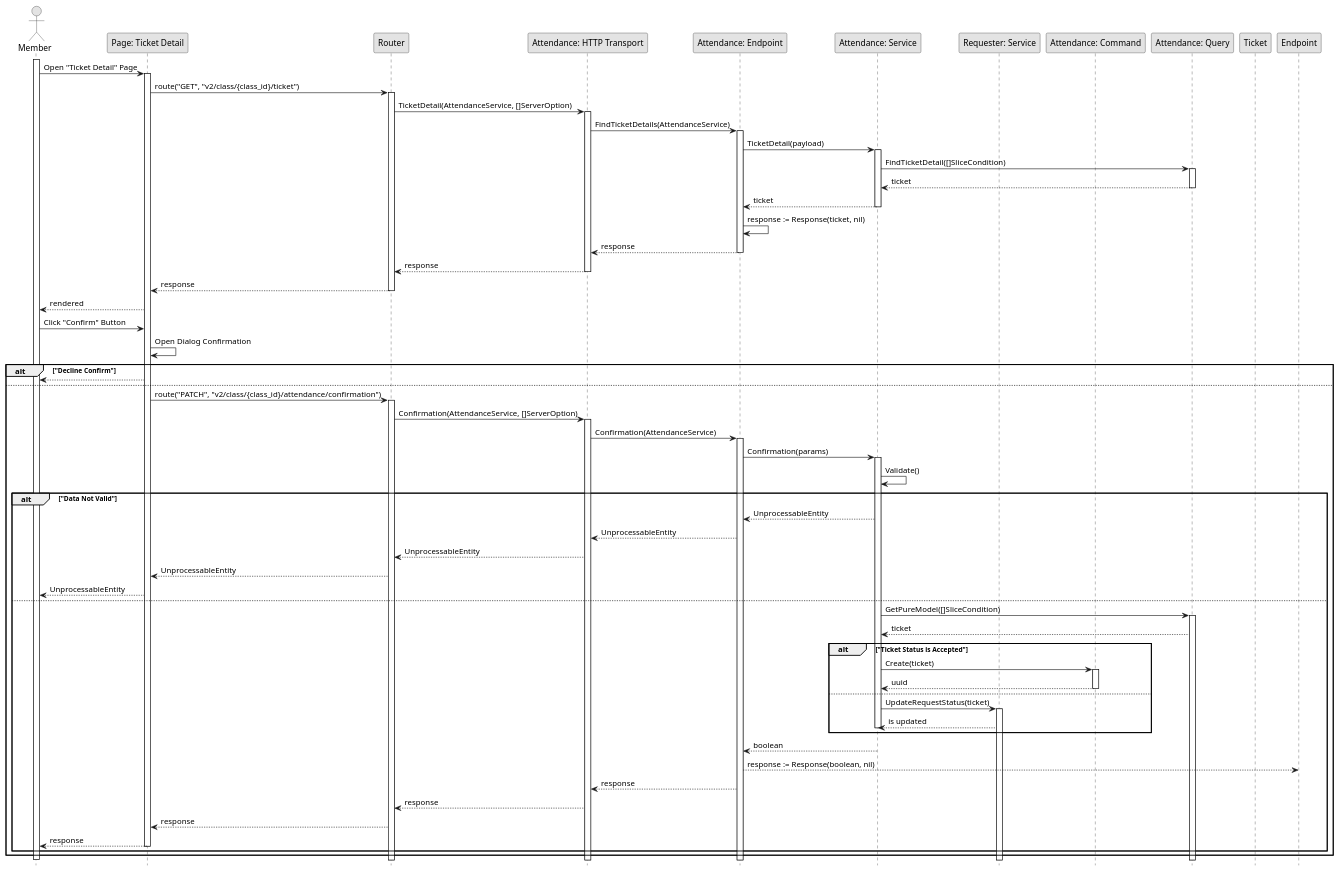
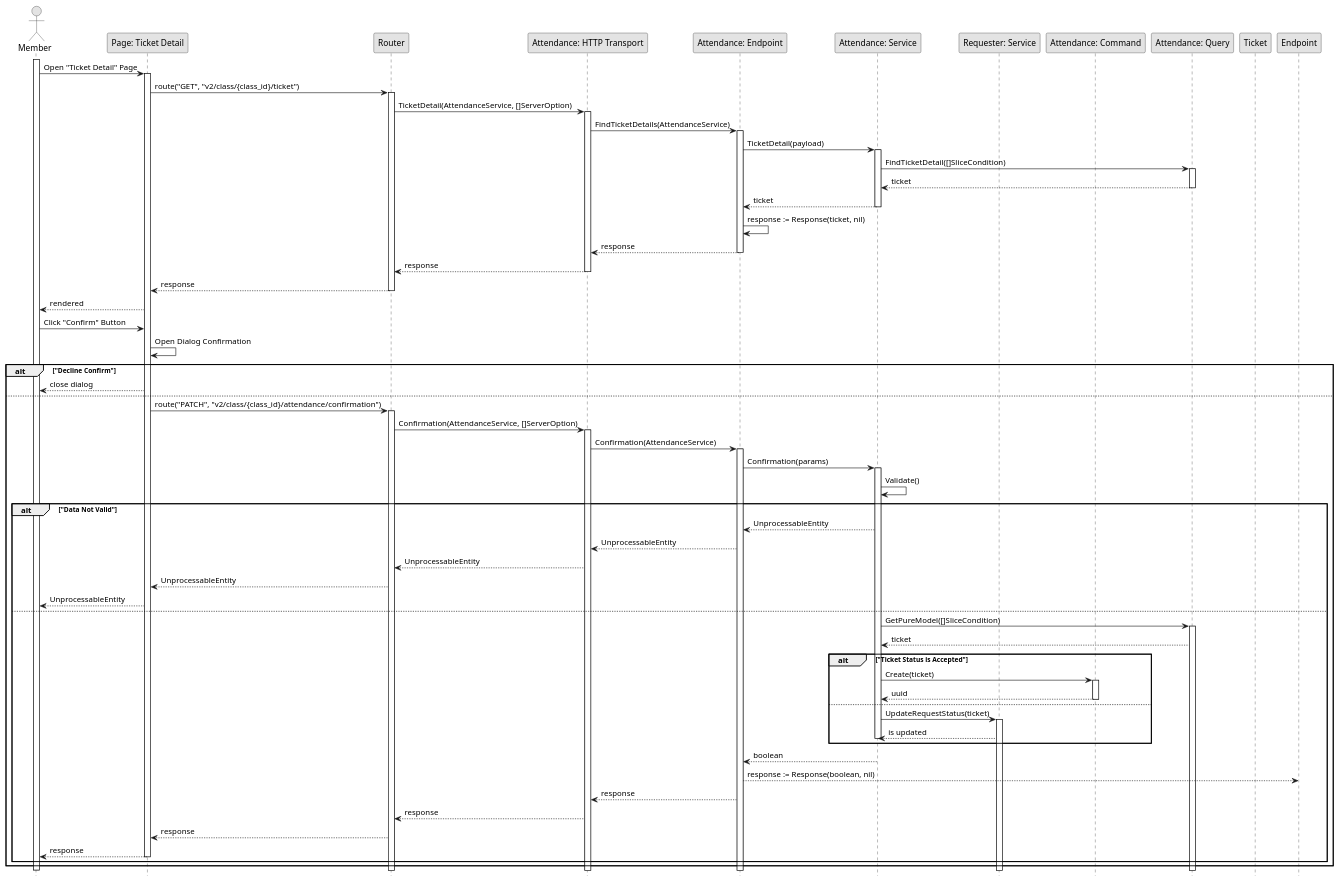
Before and after one commit to fwidjaya20/fazzlearning-uml: the diagram in Sequence/Release03/ConfirmAttendance.wsd, drawn with PlantUML. The commit also changed 3 other files, not shown here.

Commit message:
fix(sequence): adding return wording

```diff
--- a/Sequence/Release03/ConfirmAttendance.wsd
+++ b/Sequence/Release03/ConfirmAttendance.wsd
@@ -1,96 +1,96 @@
 @startuml ConfirmAttendance
 
 skinparam Monochrome true
 skinparam Shadowing false
 hide footbox
 
 actor Member
 participant "Page: Ticket Detail" as TicketDetailPage
 participant "Router" as Router
 participant "Attendance: HTTP Transport" as AttendanceHTTPTransport
 participant "Attendance: Endpoint" as AttendanceEndpoint
 participant "Attendance: Service" as AttendanceService
 participant "Requester: Service" as RequesterService
 participant "Attendance: Command" as AttendanceCommand
 participant "Attendance: Query" as AttendanceQuery
 
 activate Member
 
 Member->TicketDetailPage: Open "Ticket Detail" Page
 activate TicketDetailPage
 TicketDetailPage->Router: route("GET", "v2/class/{class_id}/ticket")
 activate Router
 Router->AttendanceHTTPTransport: TicketDetail(AttendanceService, []ServerOption)
 activate AttendanceHTTPTransport
 AttendanceHTTPTransport->AttendanceEndpoint: FindTicketDetails(AttendanceService)
 activate AttendanceEndpoint
 AttendanceEndpoint->AttendanceService: TicketDetail(payload)
 activate AttendanceService
 AttendanceService->AttendanceQuery: FindTicketDetail([]SliceCondition)
 activate AttendanceQuery
 AttendanceQuery-->AttendanceService: ticket
 deactivate AttendanceQuery
 AttendanceService-->AttendanceEndpoint: ticket
 deactivate AttendanceService
 AttendanceEndpoint->AttendanceEndpoint: response := Response(ticket, nil)
 AttendanceEndpoint-->AttendanceHTTPTransport: response
 deactivate AttendanceEndpoint
 AttendanceHTTPTransport-->Router: response
 deactivate AttendanceHTTPTransport
 Router-->TicketDetailPage: response
 deactivate Router
 TicketDetailPage-->Member: rendered
 
 Member->TicketDetailPage: Click "Confirm" Button
 TicketDetailPage->TicketDetailPage: Open Dialog Confirmation
 deactivate Ticket
 
 
 alt "Decline Confirm"
-    TicketDetailPage-->Member
+    TicketDetailPage-->Member: close dialog
 else
     TicketDetailPage->Router: route("PATCH", "v2/class/{class_id}/attendance/confirmation")
     activate Router
     Router->AttendanceHTTPTransport: Confirmation(AttendanceService, []ServerOption)
     activate AttendanceHTTPTransport
     AttendanceHTTPTransport->AttendanceEndpoint: Confirmation(AttendanceService)
     activate AttendanceEndpoint
     AttendanceEndpoint->AttendanceService: Confirmation(params)
     activate AttendanceService
     AttendanceService->AttendanceService: Validate()
     
     alt "Data Not Valid"
         AttendanceService-->AttendanceEndpoint: UnprocessableEntity
         AttendanceEndpoint-->AttendanceHTTPTransport: UnprocessableEntity
         AttendanceHTTPTransport-->Router: UnprocessableEntity
         Router-->TicketDetailPage: UnprocessableEntity
         TicketDetailPage-->Member: UnprocessableEntity
     else
         AttendanceService->AttendanceQuery: GetPureModel([]SliceCondition)
         activate AttendanceQuery
         AttendanceQuery-->AttendanceService: ticket
 
         alt "Ticket Status is Accepted"
             AttendanceService->AttendanceCommand: Create(ticket)
             activate AttendanceCommand
             AttendanceCommand-->AttendanceService: uuid
             deactivate AttendanceCommand
         else 
             AttendanceService->RequesterService: UpdateRequestStatus(ticket)
             activate RequesterService
             RequesterService-->AttendanceService: is updated
             deactivate AttendanceService
         end 
 
         AttendanceService-->AttendanceEndpoint: boolean
         AttendanceEndpoint-->Endpoint: response := Response(boolean, nil)
         AttendanceEndpoint-->AttendanceHTTPTransport: response
         AttendanceHTTPTransport-->Router: response
         Router-->TicketDetailPage: response
         TicketDetailPage-->Member: response
         deactivate TicketDetailPage
     end
 end
 deactivate Member
 
 @enduml
```
